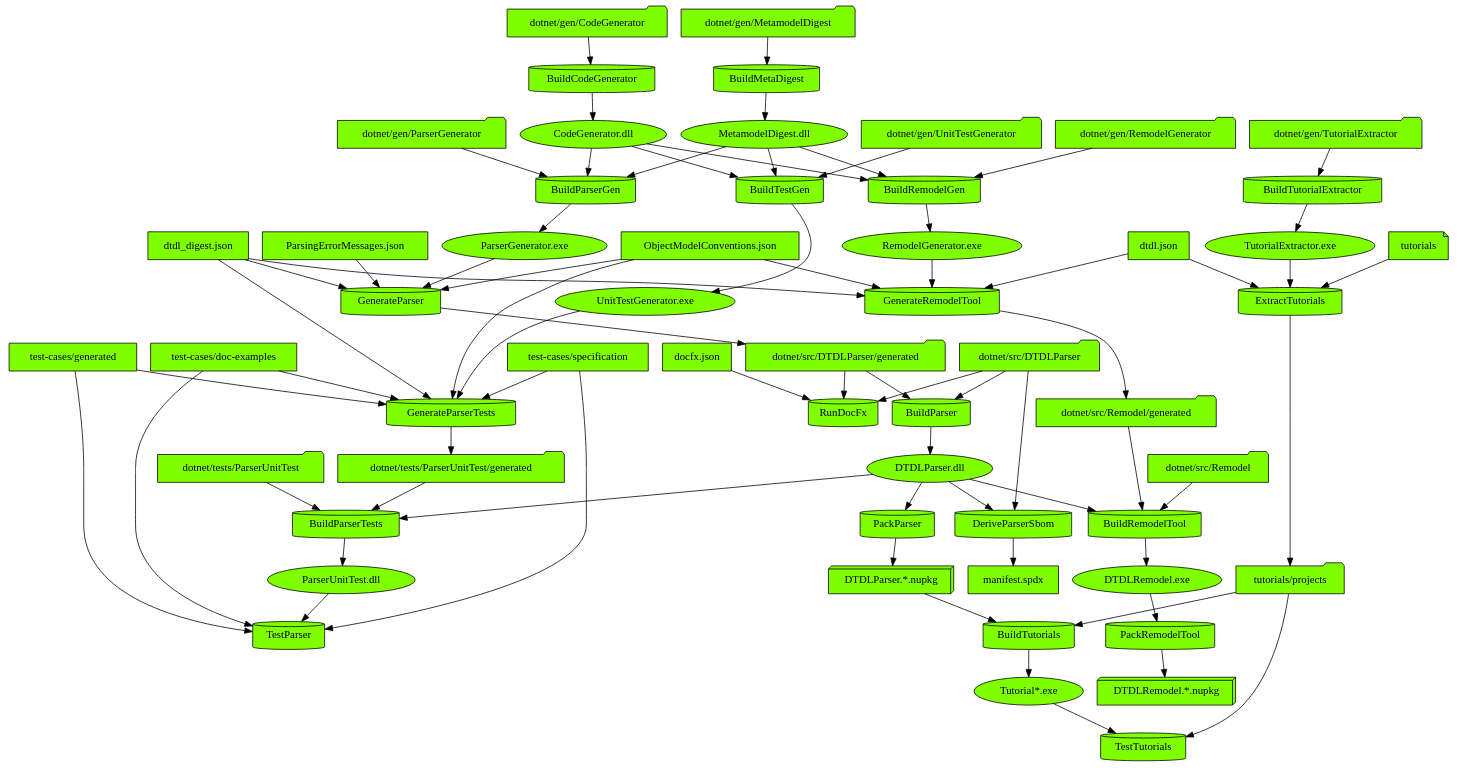
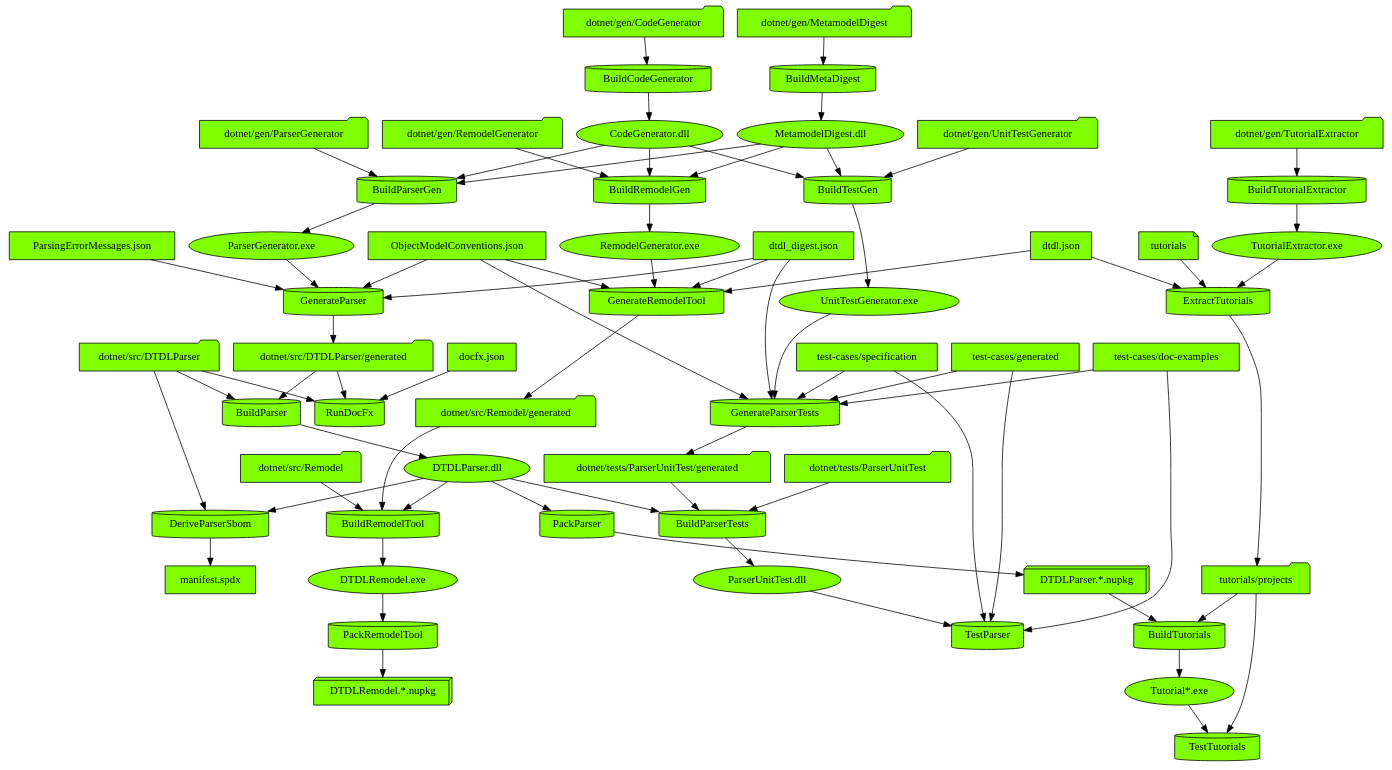
Before and after one commit to digitaltwinconsortium/DTDLParser: the diagram in images/input/generated/DevelopFlowDiagram.dot, drawn with Graphviz. The commit also changed other lines of this file and 25 other files, not shown here.

```diff
--- a/images/input/generated/DevelopFlowDiagram.dot
+++ b/images/input/generated/DevelopFlowDiagram.dot
@@ -1,128 +1,128 @@
 digraph {
   {
+    "ExtractTutorials" [shape=cylinder style=filled fillcolor=chartreuse]
+    "BuildTutorials" [shape=cylinder style=filled fillcolor=chartreuse]
+    "GenerateParserTests" [shape=cylinder style=filled fillcolor=chartreuse]
+    "BuildParserGen" [shape=cylinder style=filled fillcolor=chartreuse]
+    "TestTutorials" [shape=cylinder style=filled fillcolor=chartreuse]
+    "GenerateRemodelTool" [shape=cylinder style=filled fillcolor=chartreuse]
+    "PackParser" [shape=cylinder style=filled fillcolor=chartreuse]
+    "BuildMetaDigest" [shape=cylinder style=filled fillcolor=chartreuse]
     "BuildTestGen" [shape=cylinder style=filled fillcolor=chartreuse]
-    "GenerateRemodelTool" [shape=cylinder style=filled fillcolor=chartreuse]
-    "BuildParserGen" [shape=cylinder style=filled fillcolor=chartreuse]
     "PackRemodelTool" [shape=cylinder style=filled fillcolor=chartreuse]
+    "BuildRemodelGen" [shape=cylinder style=filled fillcolor=chartreuse]
+    "BuildTutorialExtractor" [shape=cylinder style=filled fillcolor=chartreuse]
+    "BuildCodeGenerator" [shape=cylinder style=filled fillcolor=chartreuse]
+    "TestParser" [shape=cylinder style=filled fillcolor=chartreuse]
+    "DeriveParserSbom" [shape=cylinder style=filled fillcolor=chartreuse]
+    "BuildParser" [shape=cylinder style=filled fillcolor=chartreuse]
+    "BuildParserTests" [shape=cylinder style=filled fillcolor=chartreuse]
+    "GenerateParser" [shape=cylinder style=filled fillcolor=chartreuse]
+    "RunDocFx" [shape=cylinder style=filled fillcolor=chartreuse]
     "BuildRemodelTool" [shape=cylinder style=filled fillcolor=chartreuse]
-    "BuildCodeGenerator" [shape=cylinder style=filled fillcolor=chartreuse]
-    "BuildTutorialExtractor" [shape=cylinder style=filled fillcolor=chartreuse]
-    "RunDocFx" [shape=cylinder style=filled fillcolor=chartreuse]
-    "GenerateParserTests" [shape=cylinder style=filled fillcolor=chartreuse]
-    "ExtractTutorials" [shape=cylinder style=filled fillcolor=chartreuse]
-    "BuildMetaDigest" [shape=cylinder style=filled fillcolor=chartreuse]
-    "BuildRemodelGen" [shape=cylinder style=filled fillcolor=chartreuse]
-    "PackParser" [shape=cylinder style=filled fillcolor=chartreuse]
-    "GenerateParser" [shape=cylinder style=filled fillcolor=chartreuse]
-    "TestTutorials" [shape=cylinder style=filled fillcolor=chartreuse]
-    "BuildParser" [shape=cylinder style=filled fillcolor=chartreuse]
-    "TestParser" [shape=cylinder style=filled fillcolor=chartreuse]
-    "BuildParserTests" [shape=cylinder style=filled fillcolor=chartreuse]
-    "DeriveParserSbom" [shape=cylinder style=filled fillcolor=chartreuse]
-    "BuildTutorials" [shape=cylinder style=filled fillcolor=chartreuse]
-    "dotnet/gen/UnitTestGenerator" [shape=folder style=filled fillcolor=chartreuse]
-    "MetamodelDigest.dll" [shape=ellipse style=filled fillcolor=chartreuse]
-    "CodeGenerator.dll" [shape=ellipse style=filled fillcolor=chartreuse]
+    "TutorialExtractor.exe" [shape=ellipse style=filled fillcolor=chartreuse]
+    "dtdl.json" [shape=box style=filled fillcolor=chartreuse]
+    "tutorials" [shape=note style=filled fillcolor=chartreuse]
+    "tutorials/projects" [shape=folder style=filled fillcolor=chartreuse]
+    "DTDLParser.*.nupkg" [shape=box3d style=filled fillcolor=chartreuse]
+    "Tutorial*.exe" [shape=ellipse style=filled fillcolor=chartreuse]
     "UnitTestGenerator.exe" [shape=ellipse style=filled fillcolor=chartreuse]
-    "RemodelGenerator.exe" [shape=ellipse style=filled fillcolor=chartreuse]
-    "dtdl.json" [shape=box style=filled fillcolor=chartreuse]
     "dtdl_digest.json" [shape=box style=filled fillcolor=chartreuse]
     "ObjectModelConventions.json" [shape=box style=filled fillcolor=chartreuse]
-    "dotnet/src/Remodel/generated" [shape=folder style=filled fillcolor=chartreuse]
-    "dotnet/gen/ParserGenerator" [shape=folder style=filled fillcolor=chartreuse]
-    "ParserGenerator.exe" [shape=ellipse style=filled fillcolor=chartreuse]
-    "DTDLRemodel.exe" [shape=ellipse style=filled fillcolor=chartreuse]
-    "DTDLRemodel.*.nupkg" [shape=box3d style=filled fillcolor=chartreuse]
-    "dotnet/src/Remodel" [shape=folder style=filled fillcolor=chartreuse]
-    "DTDLParser.dll" [shape=ellipse style=filled fillcolor=chartreuse]
-    "dotnet/gen/CodeGenerator" [shape=folder style=filled fillcolor=chartreuse]
-    "dotnet/gen/TutorialExtractor" [shape=folder style=filled fillcolor=chartreuse]
-    "TutorialExtractor.exe" [shape=ellipse style=filled fillcolor=chartreuse]
-    "dotnet/src/DTDLParser" [shape=folder style=filled fillcolor=chartreuse]
-    "dotnet/src/DTDLParser/generated" [shape=folder style=filled fillcolor=chartreuse]
-    "docfx.json" [shape=box style=filled fillcolor=chartreuse]
     "test-cases/generated" [shape=box style=filled fillcolor=chartreuse]
     "test-cases/doc-examples" [shape=box style=filled fillcolor=chartreuse]
     "test-cases/specification" [shape=box style=filled fillcolor=chartreuse]
     "dotnet/tests/ParserUnitTest/generated" [shape=folder style=filled fillcolor=chartreuse]
-    "tutorials" [shape=note style=filled fillcolor=chartreuse]
-    "tutorials/projects" [shape=folder style=filled fillcolor=chartreuse]
+    "dotnet/gen/ParserGenerator" [shape=folder style=filled fillcolor=chartreuse]
+    "MetamodelDigest.dll" [shape=ellipse style=filled fillcolor=chartreuse]
+    "CodeGenerator.dll" [shape=ellipse style=filled fillcolor=chartreuse]
+    "ParserGenerator.exe" [shape=ellipse style=filled fillcolor=chartreuse]
+    "RemodelGenerator.exe" [shape=ellipse style=filled fillcolor=chartreuse]
+    "dotnet/src/Remodel/generated" [shape=folder style=filled fillcolor=chartreuse]
+    "DTDLParser.dll" [shape=ellipse style=filled fillcolor=chartreuse]
     "dotnet/gen/MetamodelDigest" [shape=folder style=filled fillcolor=chartreuse]
+    "dotnet/gen/UnitTestGenerator" [shape=folder style=filled fillcolor=chartreuse]
+    "DTDLRemodel.exe" [shape=ellipse style=filled fillcolor=chartreuse]
+    "DTDLRemodel.*.nupkg" [shape=box3d style=filled fillcolor=chartreuse]
     "dotnet/gen/RemodelGenerator" [shape=folder style=filled fillcolor=chartreuse]
-    "DTDLParser.*.nupkg" [shape=box3d style=filled fillcolor=chartreuse]
+    "dotnet/gen/TutorialExtractor" [shape=folder style=filled fillcolor=chartreuse]
+    "dotnet/gen/CodeGenerator" [shape=folder style=filled fillcolor=chartreuse]
+    "ParserUnitTest.dll" [shape=ellipse style=filled fillcolor=chartreuse]
+    "dotnet/src/DTDLParser" [shape=folder style=filled fillcolor=chartreuse]
+    "manifest.spdx" [shape=box style=filled fillcolor=chartreuse]
+    "dotnet/src/DTDLParser/generated" [shape=folder style=filled fillcolor=chartreuse]
+    "dotnet/tests/ParserUnitTest" [shape=folder style=filled fillcolor=chartreuse]
     "ParsingErrorMessages.json" [shape=box style=filled fillcolor=chartreuse]
-    "Tutorial*.exe" [shape=ellipse style=filled fillcolor=chartreuse]
-    "ParserUnitTest.dll" [shape=ellipse style=filled fillcolor=chartreuse]
-    "dotnet/tests/ParserUnitTest" [shape=folder style=filled fillcolor=chartreuse]
-    "manifest.spdx" [shape=box style=filled fillcolor=chartreuse]
+    "docfx.json" [shape=box style=filled fillcolor=chartreuse]
+    "dotnet/src/Remodel" [shape=folder style=filled fillcolor=chartreuse]
   }
-  "dotnet/gen/UnitTestGenerator" -> "BuildTestGen"
-  "MetamodelDigest.dll" -> "BuildTestGen"
-  "CodeGenerator.dll" -> "BuildTestGen"
-  "BuildTestGen" -> "UnitTestGenerator.exe"
-  "RemodelGenerator.exe" -> "GenerateRemodelTool"
-  "dtdl.json" -> "GenerateRemodelTool"
-  "dtdl_digest.json" -> "GenerateRemodelTool"
-  "ObjectModelConventions.json" -> "GenerateRemodelTool"
-  "GenerateRemodelTool" -> "dotnet/src/Remodel/generated"
-  "dotnet/gen/ParserGenerator" -> "BuildParserGen"
-  "MetamodelDigest.dll" -> "BuildParserGen"
-  "CodeGenerator.dll" -> "BuildParserGen"
-  "BuildParserGen" -> "ParserGenerator.exe"
-  "DTDLRemodel.exe" -> "PackRemodelTool"
-  "PackRemodelTool" -> "DTDLRemodel.*.nupkg"
-  "dotnet/src/Remodel" -> "BuildRemodelTool"
-  "dotnet/src/Remodel/generated" -> "BuildRemodelTool"
-  "DTDLParser.dll" -> "BuildRemodelTool"
-  "BuildRemodelTool" -> "DTDLRemodel.exe"
-  "dotnet/gen/CodeGenerator" -> "BuildCodeGenerator"
-  "BuildCodeGenerator" -> "CodeGenerator.dll"
-  "dotnet/gen/TutorialExtractor" -> "BuildTutorialExtractor"
-  "BuildTutorialExtractor" -> "TutorialExtractor.exe"
-  "dotnet/src/DTDLParser" -> "RunDocFx"
-  "dotnet/src/DTDLParser/generated" -> "RunDocFx"
-  "docfx.json" -> "RunDocFx"
+  "TutorialExtractor.exe" -> "ExtractTutorials"
+  "dtdl.json" -> "ExtractTutorials"
+  "tutorials" -> "ExtractTutorials"
+  "ExtractTutorials" -> "tutorials/projects"
+  "DTDLParser.*.nupkg" -> "BuildTutorials"
+  "tutorials/projects" -> "BuildTutorials"
+  "BuildTutorials" -> "Tutorial*.exe"
   "UnitTestGenerator.exe" -> "GenerateParserTests"
   "dtdl_digest.json" -> "GenerateParserTests"
   "ObjectModelConventions.json" -> "GenerateParserTests"
   "test-cases/generated" -> "GenerateParserTests"
   "test-cases/doc-examples" -> "GenerateParserTests"
   "test-cases/specification" -> "GenerateParserTests"
   "GenerateParserTests" -> "dotnet/tests/ParserUnitTest/generated"
-  "TutorialExtractor.exe" -> "ExtractTutorials"
-  "dtdl.json" -> "ExtractTutorials"
-  "tutorials" -> "ExtractTutorials"
-  "ExtractTutorials" -> "tutorials/projects"
+  "dotnet/gen/ParserGenerator" -> "BuildParserGen"
+  "MetamodelDigest.dll" -> "BuildParserGen"
+  "CodeGenerator.dll" -> "BuildParserGen"
+  "BuildParserGen" -> "ParserGenerator.exe"
+  "Tutorial*.exe" -> "TestTutorials"
+  "tutorials/projects" -> "TestTutorials"
+  "RemodelGenerator.exe" -> "GenerateRemodelTool"
+  "dtdl.json" -> "GenerateRemodelTool"
+  "dtdl_digest.json" -> "GenerateRemodelTool"
+  "ObjectModelConventions.json" -> "GenerateRemodelTool"
+  "GenerateRemodelTool" -> "dotnet/src/Remodel/generated"
+  "DTDLParser.dll" -> "PackParser"
+  "PackParser" -> "DTDLParser.*.nupkg"
   "dotnet/gen/MetamodelDigest" -> "BuildMetaDigest"
   "BuildMetaDigest" -> "MetamodelDigest.dll"
+  "dotnet/gen/UnitTestGenerator" -> "BuildTestGen"
+  "MetamodelDigest.dll" -> "BuildTestGen"
+  "CodeGenerator.dll" -> "BuildTestGen"
+  "BuildTestGen" -> "UnitTestGenerator.exe"
+  "DTDLRemodel.exe" -> "PackRemodelTool"
+  "PackRemodelTool" -> "DTDLRemodel.*.nupkg"
   "dotnet/gen/RemodelGenerator" -> "BuildRemodelGen"
   "MetamodelDigest.dll" -> "BuildRemodelGen"
   "CodeGenerator.dll" -> "BuildRemodelGen"
   "BuildRemodelGen" -> "RemodelGenerator.exe"
-  "DTDLParser.dll" -> "PackParser"
-  "PackParser" -> "DTDLParser.*.nupkg"
+  "dotnet/gen/TutorialExtractor" -> "BuildTutorialExtractor"
+  "BuildTutorialExtractor" -> "TutorialExtractor.exe"
+  "dotnet/gen/CodeGenerator" -> "BuildCodeGenerator"
+  "BuildCodeGenerator" -> "CodeGenerator.dll"
+  "ParserUnitTest.dll" -> "TestParser"
+  "test-cases/generated" -> "TestParser"
+  "test-cases/doc-examples" -> "TestParser"
+  "test-cases/specification" -> "TestParser"
+  "DTDLParser.dll" -> "DeriveParserSbom"
+  "dotnet/src/DTDLParser" -> "DeriveParserSbom"
+  "DeriveParserSbom" -> "manifest.spdx"
+  "dotnet/src/DTDLParser" -> "BuildParser"
+  "dotnet/src/DTDLParser/generated" -> "BuildParser"
+  "BuildParser" -> "DTDLParser.dll"
+  "dotnet/tests/ParserUnitTest" -> "BuildParserTests"
+  "dotnet/tests/ParserUnitTest/generated" -> "BuildParserTests"
+  "DTDLParser.dll" -> "BuildParserTests"
+  "BuildParserTests" -> "ParserUnitTest.dll"
   "ParserGenerator.exe" -> "GenerateParser"
   "dtdl_digest.json" -> "GenerateParser"
   "ObjectModelConventions.json" -> "GenerateParser"
   "ParsingErrorMessages.json" -> "GenerateParser"
   "GenerateParser" -> "dotnet/src/DTDLParser/generated"
-  "Tutorial*.exe" -> "TestTutorials"
-  "tutorials/projects" -> "TestTutorials"
-  "dotnet/src/DTDLParser" -> "BuildParser"
-  "dotnet/src/DTDLParser/generated" -> "BuildParser"
-  "BuildParser" -> "DTDLParser.dll"
-  "ParserUnitTest.dll" -> "TestParser"
-  "test-cases/generated" -> "TestParser"
-  "test-cases/doc-examples" -> "TestParser"
-  "test-cases/specification" -> "TestParser"
-  "dotnet/tests/ParserUnitTest" -> "BuildParserTests"
-  "dotnet/tests/ParserUnitTest/generated" -> "BuildParserTests"
-  "DTDLParser.dll" -> "BuildParserTests"
-  "BuildParserTests" -> "ParserUnitTest.dll"
-  "DTDLParser.dll" -> "DeriveParserSbom"
-  "dotnet/src/DTDLParser" -> "DeriveParserSbom"
-  "DeriveParserSbom" -> "manifest.spdx"
-  "DTDLParser.*.nupkg" -> "BuildTutorials"
-  "tutorials/projects" -> "BuildTutorials"
-  "BuildTutorials" -> "Tutorial*.exe"
+  "dotnet/src/DTDLParser" -> "RunDocFx"
+  "dotnet/src/DTDLParser/generated" -> "RunDocFx"
+  "docfx.json" -> "RunDocFx"
+  "dotnet/src/Remodel" -> "BuildRemodelTool"
+  "dotnet/src/Remodel/generated" -> "BuildRemodelTool"
+  "DTDLParser.dll" -> "BuildRemodelTool"
+  "BuildRemodelTool" -> "DTDLRemodel.exe"
 }
```
